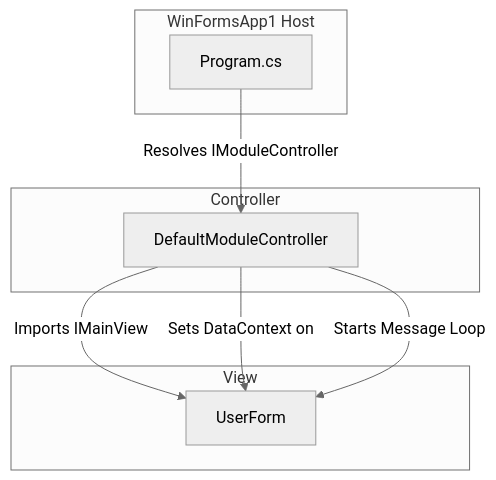
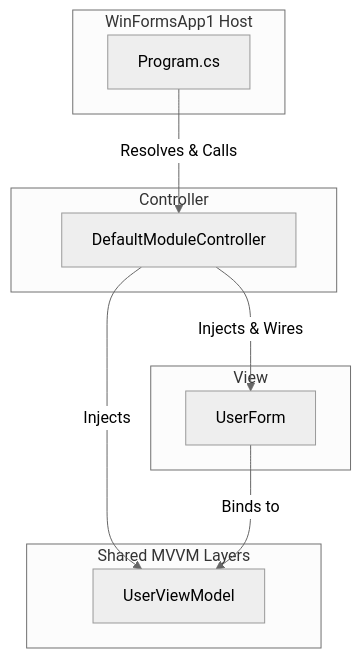
One commit to wetzlmaier-scch/mvvm changed the diagram in doc/WinFormsApp1.md. Above: the diagram before and after it, drawn with Mermaid (neutral theme). The commit also changed other lines of this file and 111 other files, not shown here.

````diff
--- a/doc/WinFormsApp1.md
+++ b/doc/WinFormsApp1.md
@@ -22,19 +28,23 @@
 ```mermaid
 flowchart TD
     subgraph "WinFormsApp1 Host"
-        Program[Program.cs]
+        P[Program.cs]
     end
-
+    
     subgraph "Controller"
         DMC[DefaultModuleController]
     end
-
+    
     subgraph "View"
         UF[UserForm]
     end
+    
+    subgraph "Shared MVVM Layers"
+        VM[UserViewModel]
+    end
 
-    Program -->|Resolves IModuleController| DMC
-    DMC -->|Imports IMainView| UF
-    DMC -->|Sets DataContext on| UF
-    DMC -->|Starts Message Loop| UF
+    P -->|Resolves & Calls| DMC
+    DMC -->|Injects & Wires| UF
+    DMC -->|Injects| VM
+    UF -->|Binds to| VM
 ```
````
